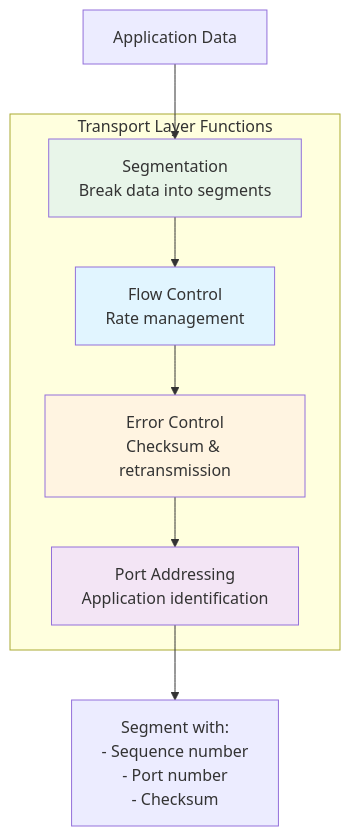
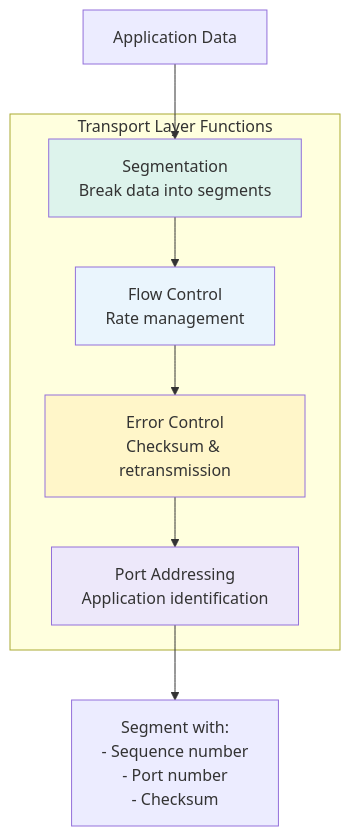
Diagram 16 of 31 in LLD/CoreConcepts/Networking.md (cartmancodes/InterviewVault), drawn with Mermaid before and after one commit. The commit also changed other lines of this file and 679 other files, not shown here.

Commit message:
Unify content diagrams and add accessible visual walkthroughs

````diff
--- a/LLD/CoreConcepts/Networking.md
+++ b/LLD/CoreConcepts/Networking.md
@@ -621,20 +621,20 @@
 ```mermaid
 graph TB
     subgraph "Transport Layer Functions"
         SEG[Segmentation<br/>Break data into segments]
         FLOW[Flow Control<br/>Rate management]
         ERROR[Error Control<br/>Checksum & retransmission]
         PORT[Port Addressing<br/>Application identification]
     end
     
     DATA[Application Data] --> SEG
     SEG --> FLOW
     FLOW --> ERROR
     ERROR --> PORT
     PORT --> SEGMENT[Segment with:<br/>- Sequence number<br/>- Port number<br/>- Checksum]
     
-    style SEG fill:#e8f5e9
-    style FLOW fill:#e1f5ff
-    style ERROR fill:#fff4e1
-    style PORT fill:#f3e5f5
+    style SEG fill:#DDF3EC
+    style FLOW fill:#EAF5FD
+    style ERROR fill:#FFF6C9
+    style PORT fill:#EDE8FA
 ```
````
